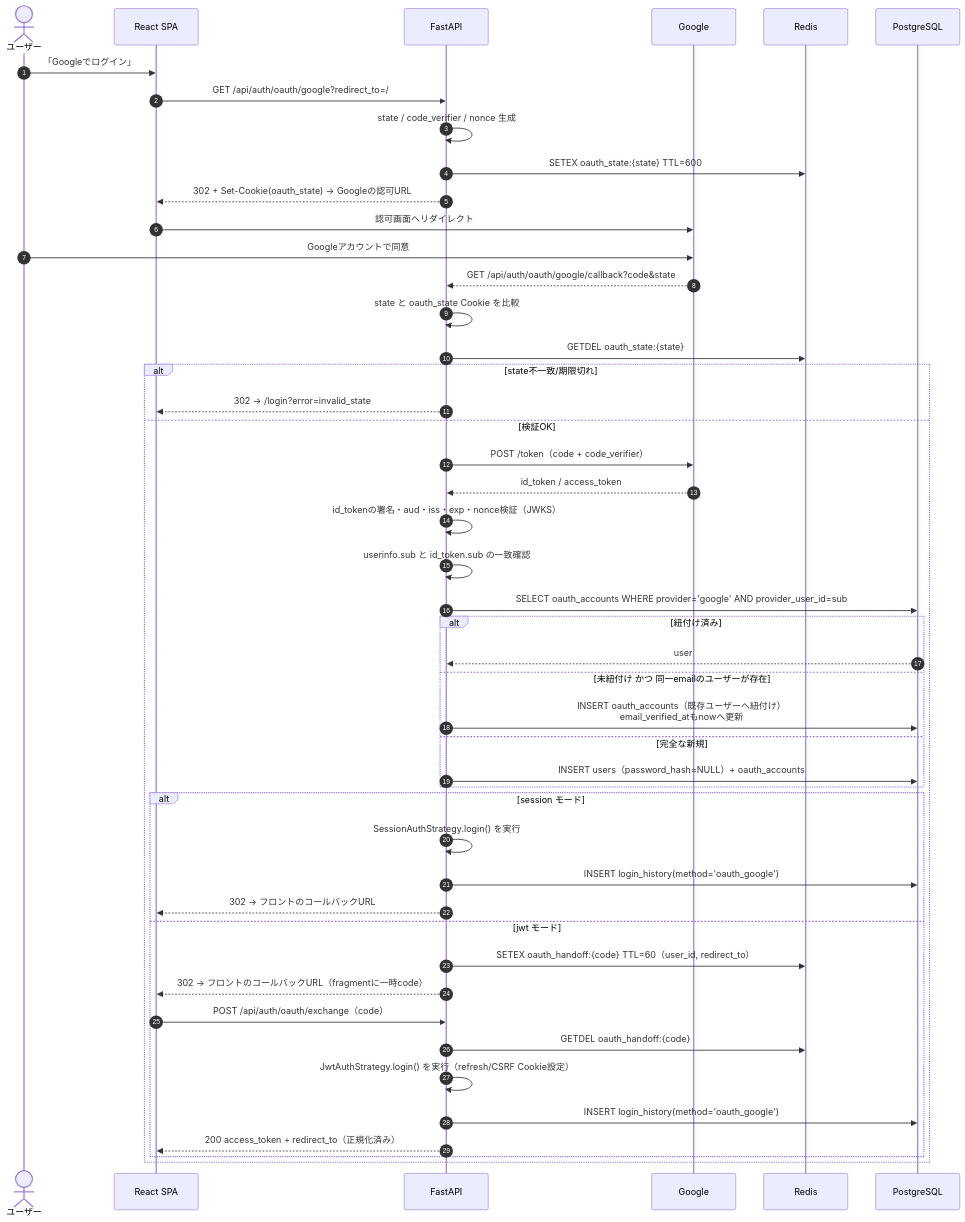
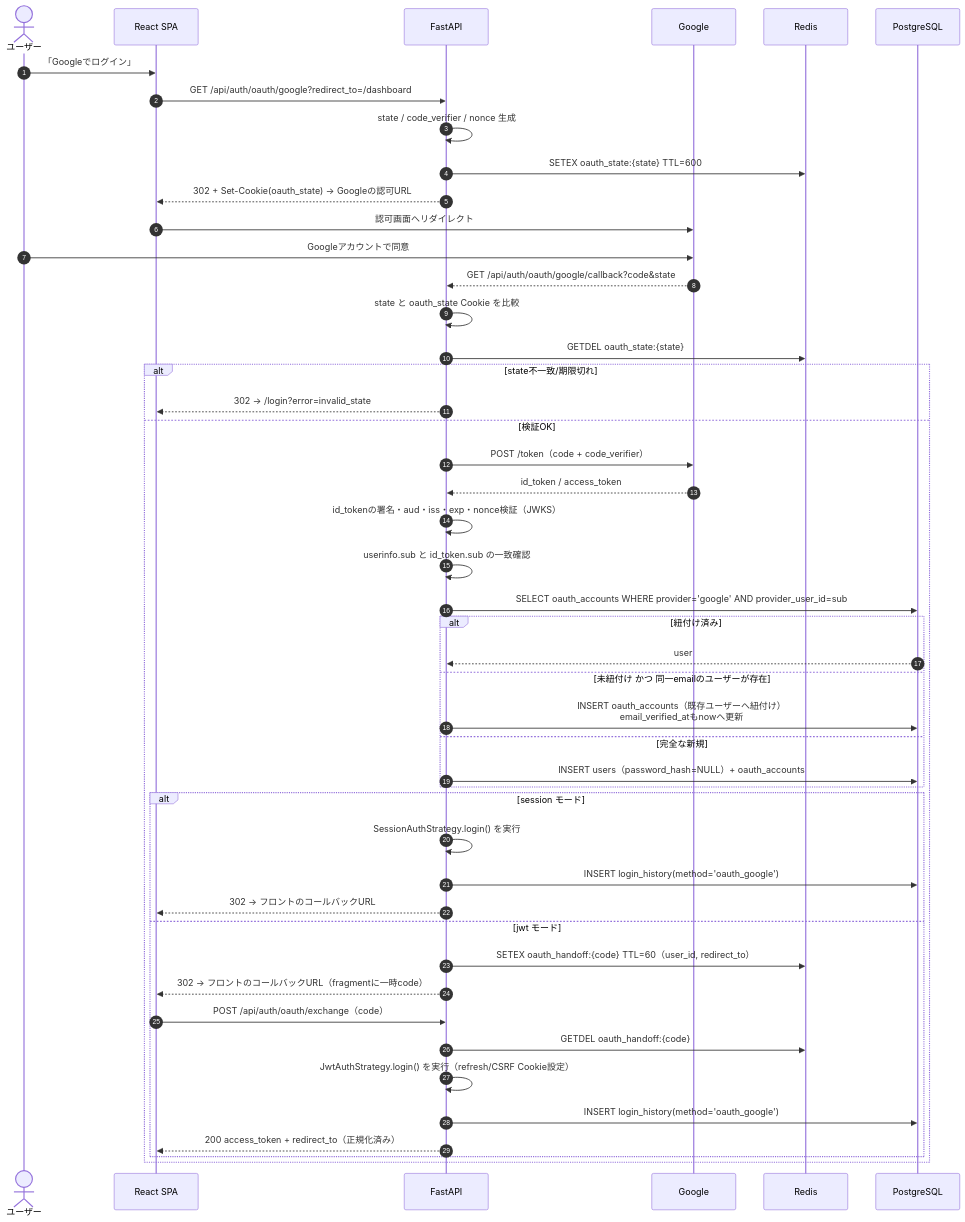
One commit to oikawa-d/task_management changed the sixth of 10 diagrams in basic_design/03_auth.md. Above: the diagram before and after it, drawn with Mermaid. The commit also changed other lines of this file and 28 other files, not shown here.

````diff
--- a/basic_design/03_auth.md
+++ b/basic_design/03_auth.md
@@ -236,50 +236,50 @@
 ```mermaid
 sequenceDiagram
     autonumber
     actor U as ユーザー
     participant FE as React SPA
     participant API as FastAPI
     participant G as Google
     participant RD as Redis
     participant PG as PostgreSQL
 
     U->>FE: 「Googleでログイン」
-    FE->>API: GET /api/auth/oauth/google?redirect_to=/
+    FE->>API: GET /api/auth/oauth/google?redirect_to=/dashboard
     API->>API: state / code_verifier / nonce 生成
     API->>RD: SETEX oauth_state:{state} TTL=600
     API-->>FE: 302 + Set-Cookie(oauth_state) → Googleの認可URL
     FE->>G: 認可画面へリダイレクト
     U->>G: Googleアカウントで同意
     G-->>API: GET /api/auth/oauth/google/callback?code&state
     API->>API: state と oauth_state Cookie を比較
     API->>RD: GETDEL oauth_state:{state}
     alt state不一致/期限切れ
         API-->>FE: 302 → /login?error=invalid_state
     else 検証OK
         API->>G: POST /token（code + code_verifier）
         G-->>API: id_token / access_token
         API->>API: id_tokenの署名・aud・iss・exp・nonce検証（JWKS）
         API->>API: userinfo.sub と id_token.sub の一致確認
         API->>PG: SELECT oauth_accounts WHERE provider='google' AND provider_user_id=sub
         alt 紐付け済み
             PG-->>API: user
         else 未紐付け かつ 同一emailのユーザーが存在
             API->>PG: INSERT oauth_accounts（既存ユーザーへ紐付け）<br/>email_verified_atもnowへ更新
         else 完全な新規
             API->>PG: INSERT users（password_hash=NULL）+ oauth_accounts
         end
         alt session モード
             API->>API: SessionAuthStrategy.login() を実行
             API->>PG: INSERT login_history(method='oauth_google')
             API-->>FE: 302 → フロントのコールバックURL#redirect_to=...（Cookie設定済み）
         else jwt モード
             API->>RD: SETEX oauth_handoff:{code} TTL=60（user_id, redirect_to）
             API-->>FE: 302 → フロントのコールバックURL（fragmentに一時code）
             FE->>API: POST /api/auth/oauth/exchange（code）
             API->>RD: GETDEL oauth_handoff:{code}
             API->>API: JwtAuthStrategy.login() を実行（refresh/CSRF Cookie設定）
             API->>PG: INSERT login_history(method='oauth_google')
             API-->>FE: 200 access_token + redirect_to（正規化済み）
         end
     end
 ```
````
